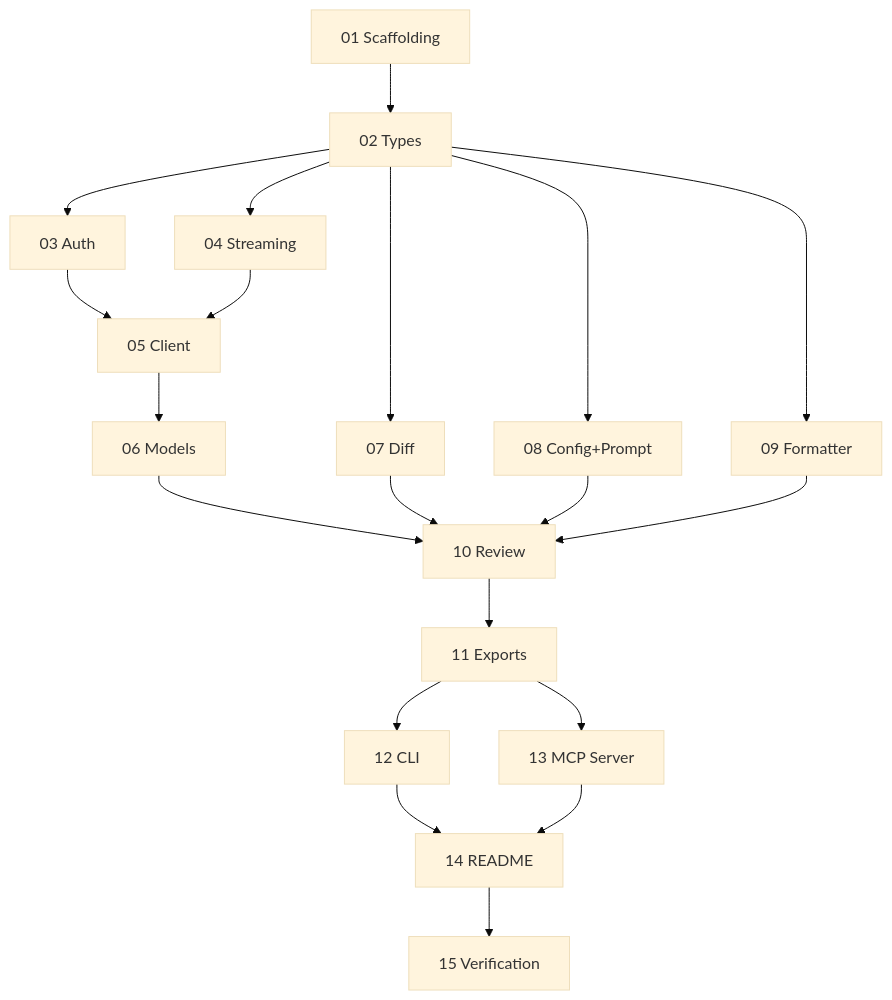
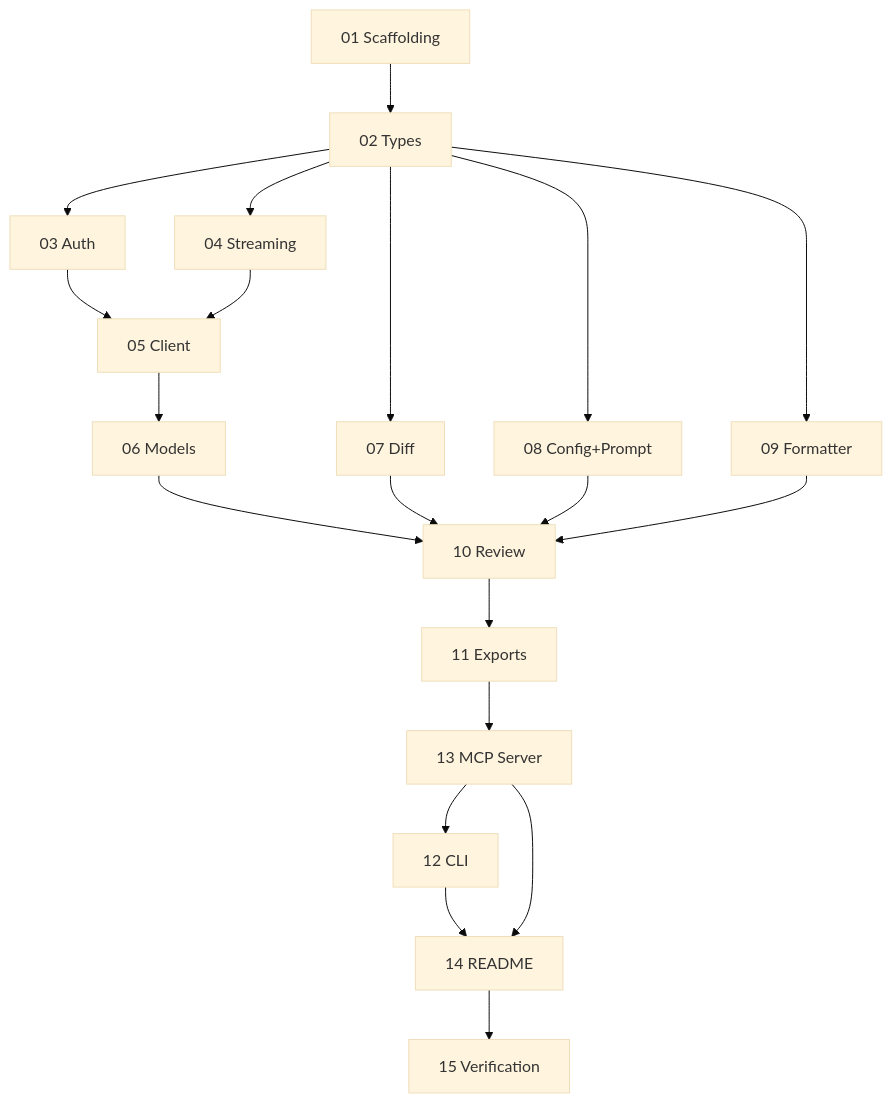
Before and after one commit to asheshv/copilot-reviewer: the diagram in docs/plans/README.md, drawn with Mermaid (base theme). The commit also changed other lines of this file and 13 other files, not shown here.

````diff
--- a/docs/plans/README.md
+++ b/docs/plans/README.md
@@ -37,22 +37,22 @@
 ```mermaid
 graph TD
     T1["01 Scaffolding"] --> T2["02 Types"]
     T2 --> T3["03 Auth"]
     T2 --> T4["04 Streaming"]
     T2 --> T7["07 Diff"]
     T2 --> T8["08 Config+Prompt"]
     T2 --> T9["09 Formatter"]
     T3 --> T5["05 Client"]
     T4 --> T5
     T5 --> T6["06 Models"]
     T6 --> T10["10 Review"]
     T7 --> T10
     T8 --> T10
     T9 --> T10
     T10 --> T11["11 Exports"]
-    T11 --> T12["12 CLI"]
     T11 --> T13["13 MCP Server"]
+    T13 --> T12["12 CLI"]
     T12 --> T14["14 README"]
     T13 --> T14
     T14 --> T15["15 Verification"]
 ```
````
